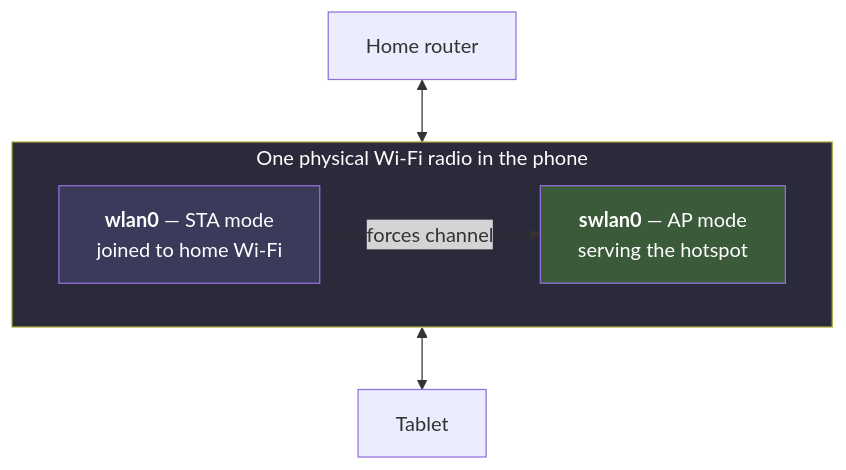
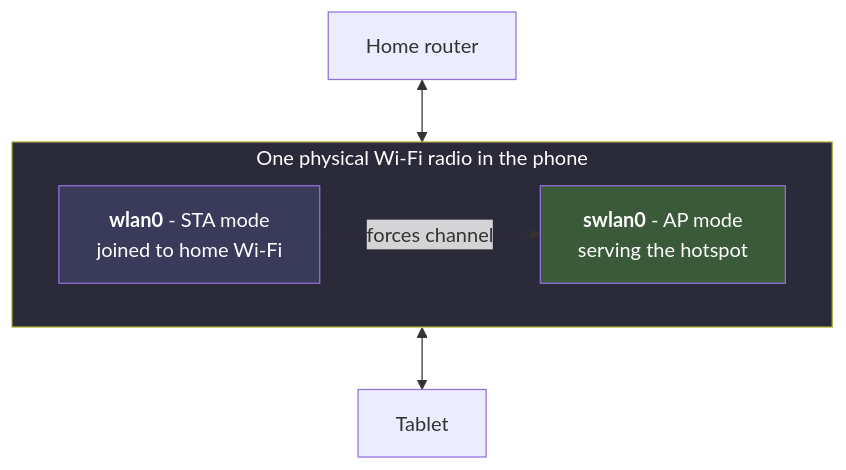
The second of 6 diagrams in docs/01-architecture.md (AbhiCollegeWork/thardeck), drawn with Mermaid before and after one commit. The commit also changed other lines of this file and 23 other files, not shown here.

First line of the commit message:
Rename to Thar Deck, adopt house style, fix diagram rendering

````diff
--- a/docs/01-architecture.md
+++ b/docs/01-architecture.md
@@ -71,17 +71,17 @@
 ```mermaid
 flowchart TB
     subgraph CHIP["One physical Wi-Fi radio in the phone"]
         direction LR
-        STA["<b>wlan0</b> — STA mode<br/>joined to home Wi-Fi"]
-        AP["<b>swlan0</b> — AP mode<br/>serving the hotspot"]
+        STA["<b>wlan0</b> - STA mode<br/>joined to home Wi-Fi"]
+        AP["<b>swlan0</b> - AP mode<br/>serving the hotspot"]
     end
 
     ROUTER["Home router"] <--> STA
     AP <--> TABLET["Tablet"]
 
     STA -.->|"forces channel"| AP
 
     style CHIP fill:#2a2a3a,color:#fff
     style STA fill:#3a3a5a,color:#fff
     style AP fill:#3a5a3a,color:#fff
 ```
````
